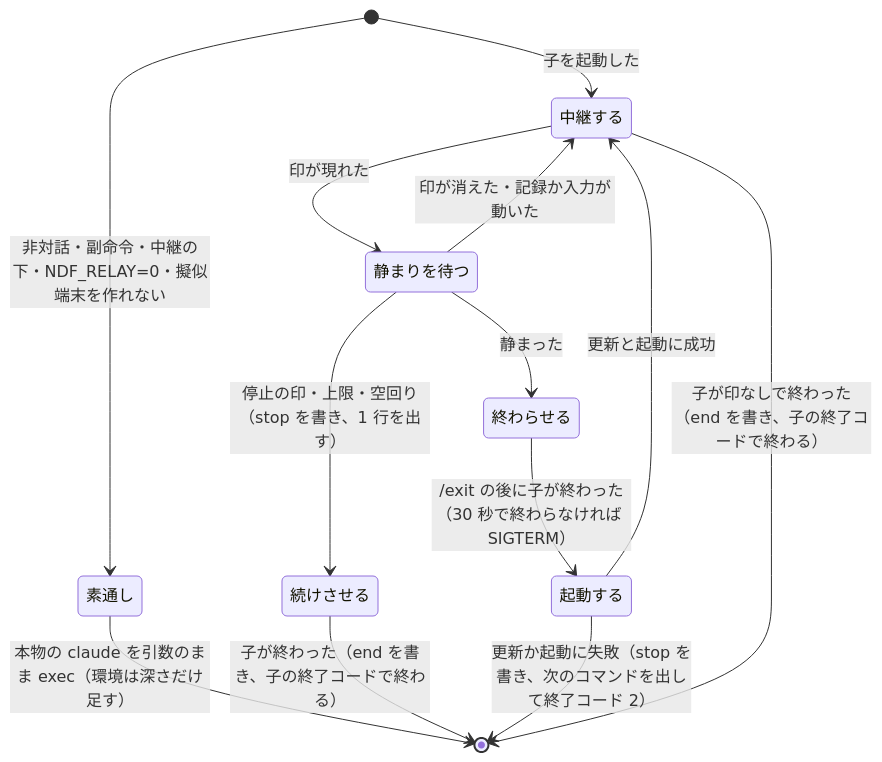
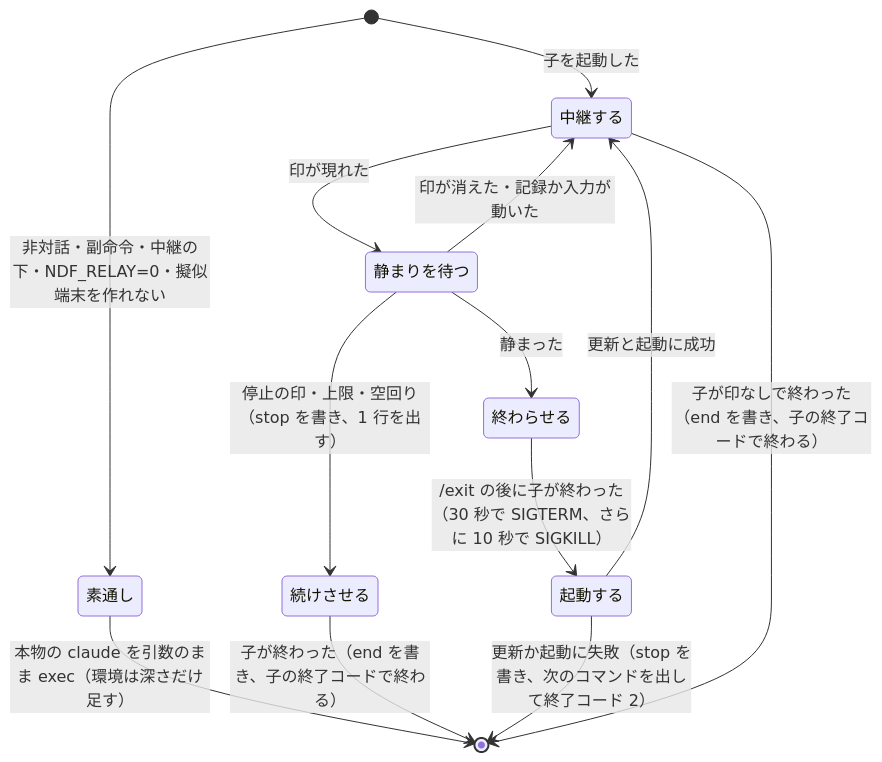
Before and after one commit to devbasex/ai-plugins: the third of 3 diagrams in issues/issue-895-design.md, drawn with Mermaid. The commit also changed other lines of this file and 1 other file, not shown here.

First line of the commit message:
Docs: #895 空白を含む関数の定義も見分け、SIGKILL への段を図と決定 6 にそろえる

````diff
--- a/issues/issue-895-design.md
+++ b/issues/issue-895-design.md
@@ -348,15 +348,15 @@
 ```mermaid
 stateDiagram-v2
     [*] --> 素通し: 非対話・副命令・中継の下・NDF_RELAY=0・擬似端末を作れない
     素通し --> [*]: 本物の claude を引数のまま exec（環境は深さだけ足す）
     [*] --> 中継する: 子を起動した
     中継する --> 静まりを待つ: 印が現れた
     静まりを待つ --> 中継する: 印が消えた・記録か入力が動いた
     静まりを待つ --> 続けさせる: 停止の印・上限・空回り（stop を書き、1 行を出す）
     静まりを待つ --> 終わらせる: 静まった
     続けさせる --> [*]: 子が終わった（end を書き、子の終了コードで終わる）
-    終わらせる --> 起動する: /exit の後に子が終わった（30 秒で終わらなければ SIGTERM）
+    終わらせる --> 起動する: /exit の後に子が終わった（30 秒で SIGTERM、さらに 10 秒で SIGKILL）
     起動する --> 中継する: 更新と起動に成功
     起動する --> [*]: 更新か起動に失敗（stop を書き、次のコマンドを出して終了コード 2）
     中継する --> [*]: 子が印なしで終わった（end を書き、子の終了コードで終わる）
 ```
````
